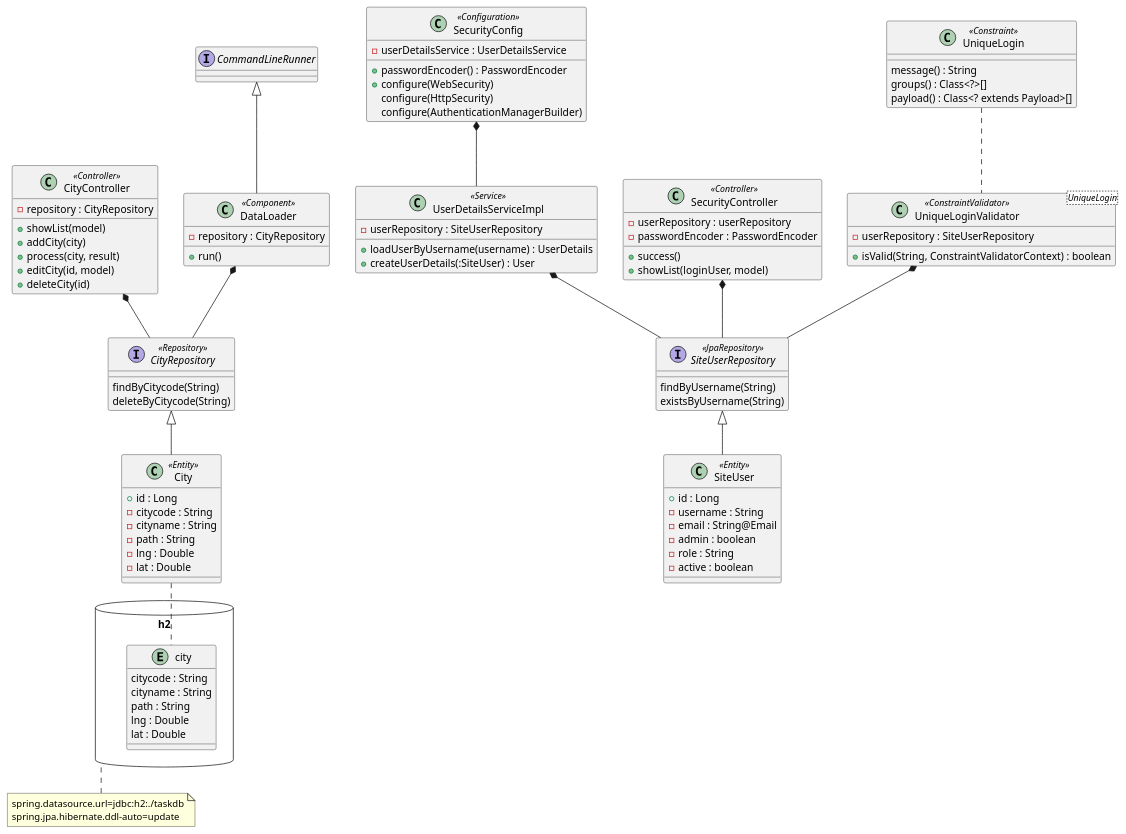
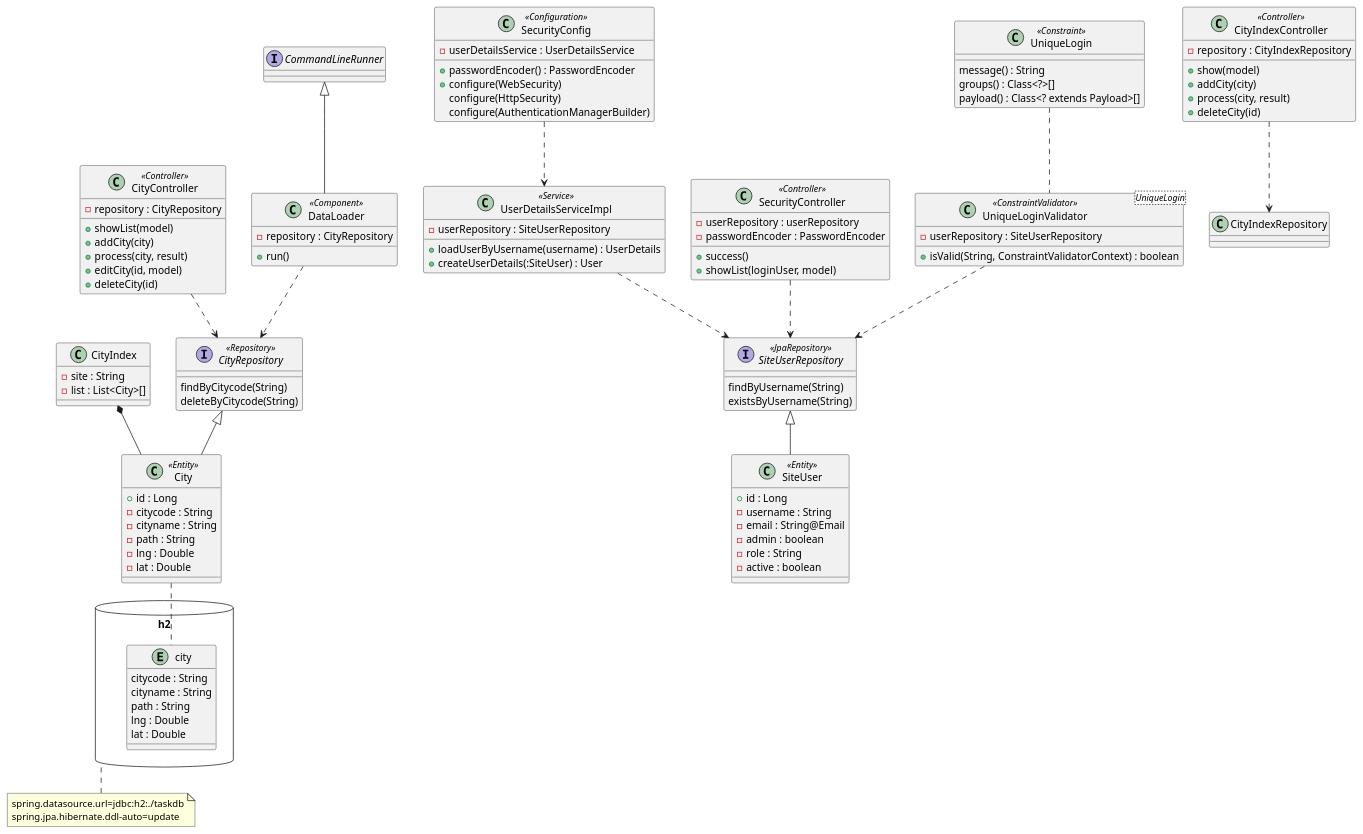
Before and after one commit to yuuhayashi/task-bldg: the diagram in class.pu, drawn with PlantUML. The commit also changed 7 other files, not shown here.

Commit message:
CityIndex

```diff
--- a/class.pu
+++ b/class.pu
@@ -1,102 +1,117 @@
 @startuml
 
 database "h2" as db {
 	entity city {
 		citycode : String
 		cityname : String
 		path : String
 		lng : Double
 		lat : Double
 	}
 }
 note bottom of db : spring.datasource.url=jdbc:h2:./taskdb\nspring.jpa.hibernate.ddl-auto=update
 
 class SecurityConfig <<Configuration>> {
 	- userDetailsService : UserDetailsService
 	+ passwordEncoder() : PasswordEncoder
 	+ configure(WebSecurity)
 	configure(HttpSecurity)
 	configure(AuthenticationManagerBuilder)
 }
 
 class UserDetailsServiceImpl <<Service>> {
   - userRepository : SiteUserRepository
   + loadUserByUsername(username) : UserDetails
   + createUserDetails(:SiteUser) : User
 }
 
 class SecurityController <<Controller>> {
   - userRepository : userRepository
   - passwordEncoder : PasswordEncoder
   + success()
   + showList(loginUser, model)
 }
 
 class SiteUser <<Entity>> {
   + id : Long
   - username : String
   - email : String@Email
   - admin : boolean
   - role : String
   - active : boolean
 }
 
 class UniqueLoginValidator<UniqueLogin> <<ConstraintValidator>> {
   - userRepository : SiteUserRepository
   + isValid(String, ConstraintValidatorContext) : boolean
 }
 
 class UniqueLogin <<Constraint>> {
   message() : String
   groups() : Class<?>[]
   payload() : Class<? extends Payload>[]
 }
 
 interface SiteUserRepository <<JpaRepository>> {
 	findByUsername(String)
 	existsByUsername(String)
 }
-SecurityConfig *-- UserDetailsServiceImpl
-UserDetailsServiceImpl *-- SiteUserRepository
-SecurityController *-- SiteUserRepository
-UniqueLoginValidator *-- SiteUserRepository
+SecurityConfig ..> UserDetailsServiceImpl
+UserDetailsServiceImpl ..> SiteUserRepository
+SecurityController ..> SiteUserRepository
+UniqueLoginValidator ..> SiteUserRepository
 UniqueLogin .. UniqueLoginValidator
 SiteUserRepository <|-- SiteUser
 
 class City <<Entity>> {
   + id : Long
   - citycode : String
   - cityname : String
   - path : String
   - lng : Double
   - lat : Double
 }
 City .. city
 
+class CityIndex {
+	- site : String
+	- list : List<City>[]
+}
+CityIndex *-- City
+
 interface CityRepository <<Repository>> {
 	findByCitycode(String)
 	deleteByCitycode(String)
 }
+CityRepository <|-- City
 
 class CityController <<Controller>> {
   - repository : CityRepository
   + showList(model)
   + addCity(city)
   + process(city, result)
   + editCity(id, model)
   + deleteCity(id)
 }
+CityController ..> CityRepository
+
+class CityIndexController <<Controller>> {
+  - repository : CityIndexRepository
+  + show(model)
+  + addCity(city)
+  + process(city, result)
+  + deleteCity(id)
+}
+CityIndexController ..> CityIndexRepository
 
 interface CommandLineRunner
 
 class DataLoader <<Component>> {
   - repository : CityRepository
   + run()
 }
+DataLoader ..> CityRepository
 
-CityRepository <|-- City
-DataLoader *-- CityRepository
 CommandLineRunner <|-- DataLoader
 
-CityController *-- CityRepository
 @enduml
```
